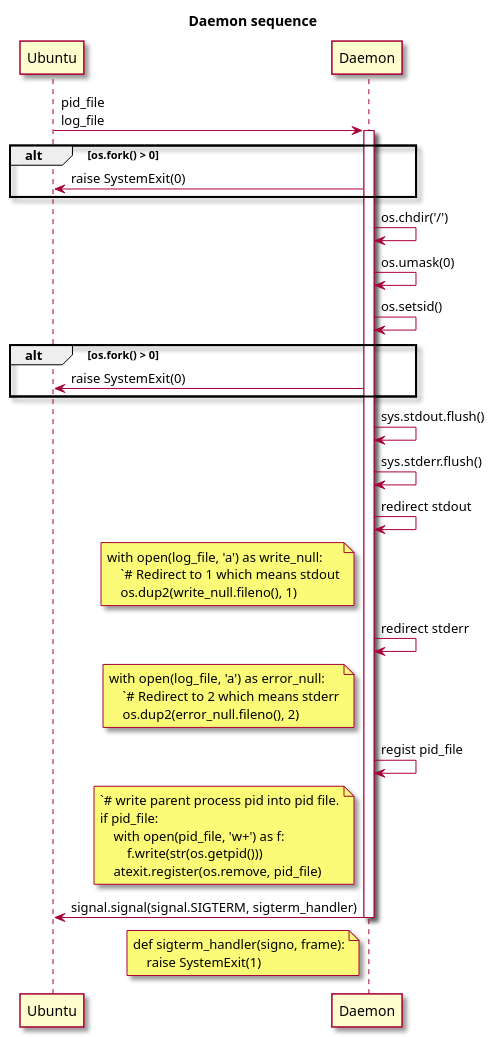
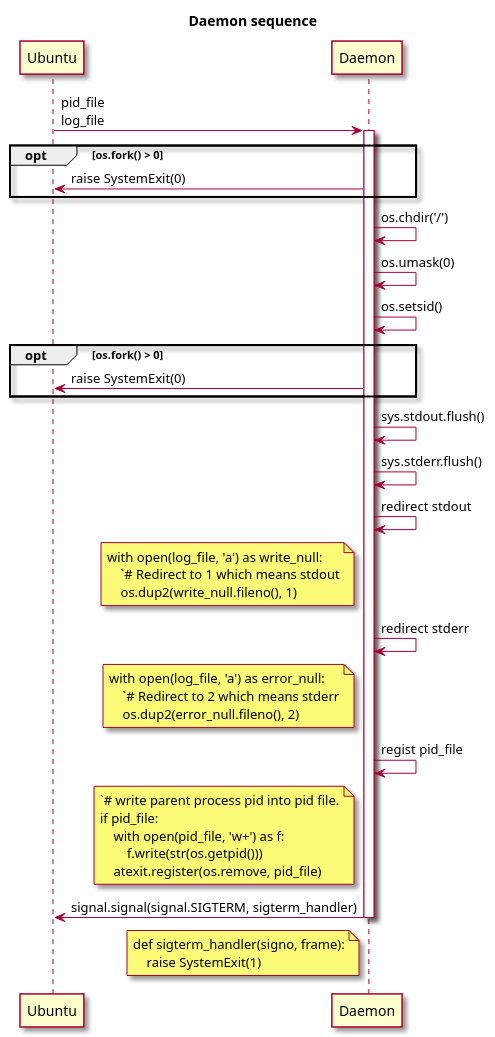
One commit to FrederichRiver/Phoenix changed the diagram in Doc/requirement/sequence_diagram/daemon.puml. Above: the diagram before and after it, drawn with PlantUML. The commit also changed 59 other files, not shown here.

```diff
--- a/Doc/requirement/sequence_diagram/daemon.puml
+++ b/Doc/requirement/sequence_diagram/daemon.puml
@@ -1,45 +1,45 @@
 @startuml daemon_sequence
 skin rose
 title Daemon sequence
 participant Ubuntu
 participant Daemon
 Ubuntu -> Daemon: pid_file\nlog_file
 activate Daemon
-alt os.fork() > 0
+opt os.fork() > 0
     Daemon -> Ubuntu: raise SystemExit(0)
 end
 Daemon -> Daemon: os.chdir('/')
 Daemon -> Daemon: os.umask(0)
 Daemon -> Daemon: os.setsid()
-alt os.fork() > 0
+opt os.fork() > 0
     Daemon -> Ubuntu: raise SystemExit(0)
 end
 Daemon -> Daemon: sys.stdout.flush()
 Daemon -> Daemon: sys.stderr.flush()
 Daemon -> Daemon: redirect stdout
 note left of Daemon
     with open(log_file, 'a') as write_null:
         `# Redirect to 1 which means stdout
         os.dup2(write_null.fileno(), 1)
 end note
 Daemon -> Daemon: redirect stderr
 note left of Daemon
     with open(log_file, 'a') as error_null:
         `# Redirect to 2 which means stderr
         os.dup2(error_null.fileno(), 2)
 end note
 Daemon -> Daemon: regist pid_file
 note left of Daemon
     `# write parent process pid into pid file.
     if pid_file:
         with open(pid_file, 'w+') as f:
             f.write(str(os.getpid()))
         atexit.register(os.remove, pid_file)
 end note
 Daemon -> Ubuntu: signal.signal(signal.SIGTERM, sigterm_handler)
 note left of Daemon
     def sigterm_handler(signo, frame):
         raise SystemExit(1)
 end note
 deactivate Daemon
 @enduml
```
